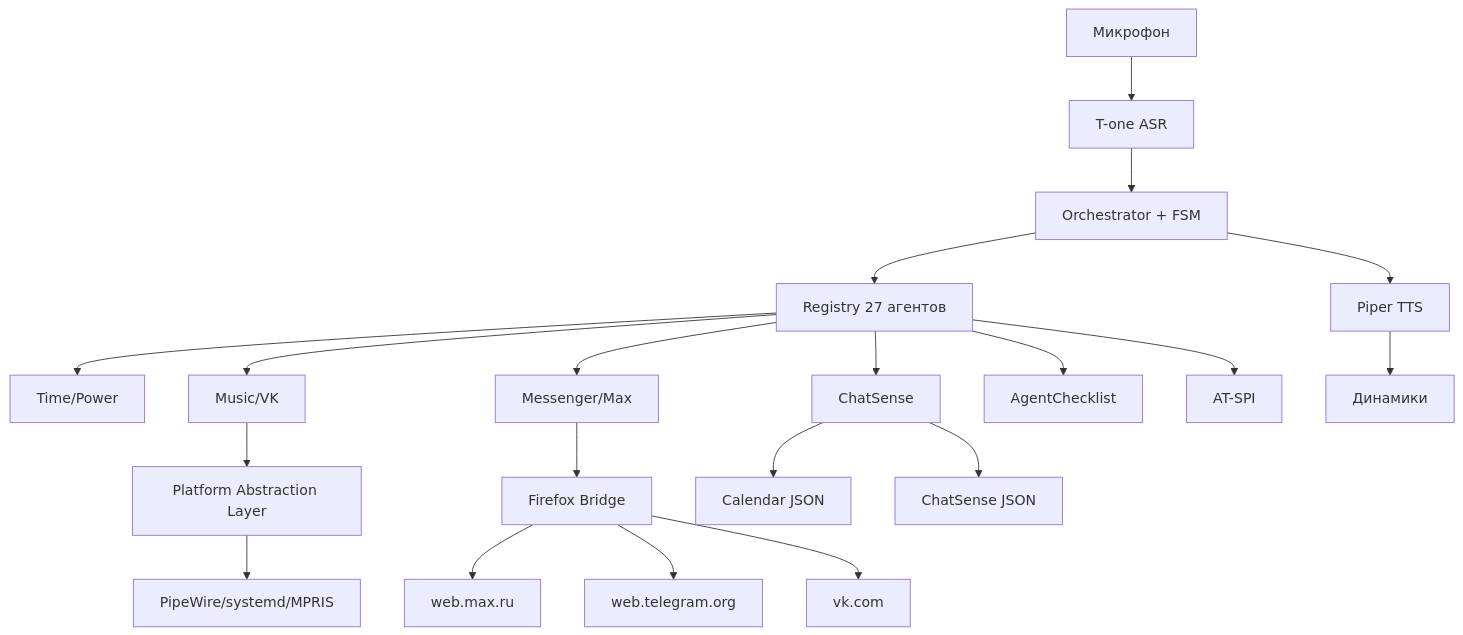
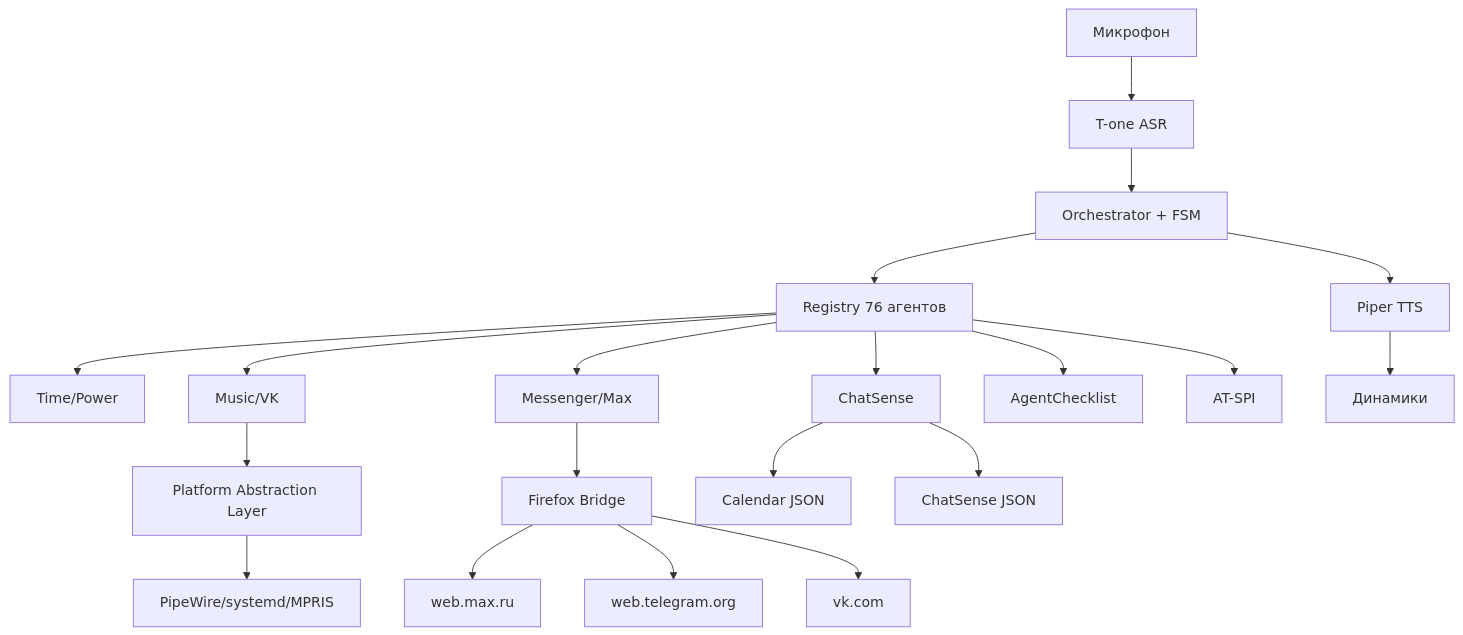
Before and after one commit to PythonVenom/aura-companion: the first of 2 diagrams in docs/architecture-diagram.md, drawn with Mermaid. The commit also changed 6 other files, not shown here.

````diff
--- a/docs/architecture-diagram.md
+++ b/docs/architecture-diagram.md
@@ -3,22 +3,22 @@
 ```mermaid
 graph TB
     Mic[Микрофон] --> ASR[T-one ASR]
     ASR --> FSM[Orchestrator + FSM]
-    FSM --> Reg[Registry 27 агентов]
+    FSM --> Reg[Registry 76 агентов]
     Reg --> A1[Time/Power]
     Reg --> A2[Music/VK]
     Reg --> A3[Messenger/Max]
     Reg --> A4[ChatSense]
     Reg --> A5[AgentChecklist]
     Reg --> A6[AT-SPI]
     A2 --> PAL[Platform Abstraction Layer]
     A3 --> Bridge[Firefox Bridge]
     Bridge --> Max[web.max.ru]
     Bridge --> TG[web.telegram.org]
     Bridge --> VK[vk.com]
     PAL --> Audio[PipeWire/systemd/MPRIS]
     FSM --> TTS[Piper TTS]
     TTS --> Spk[Динамики]
     A4 --> Cal[Calendar JSON]
     A4 --> CS[ChatSense JSON]
 ```
````
